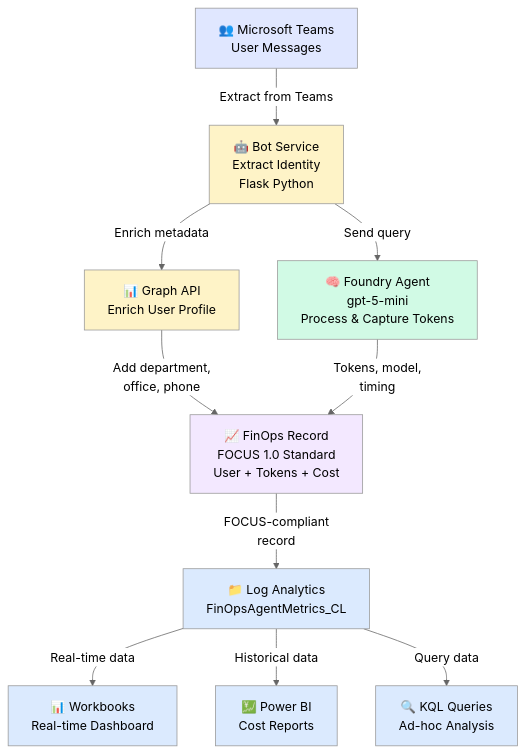
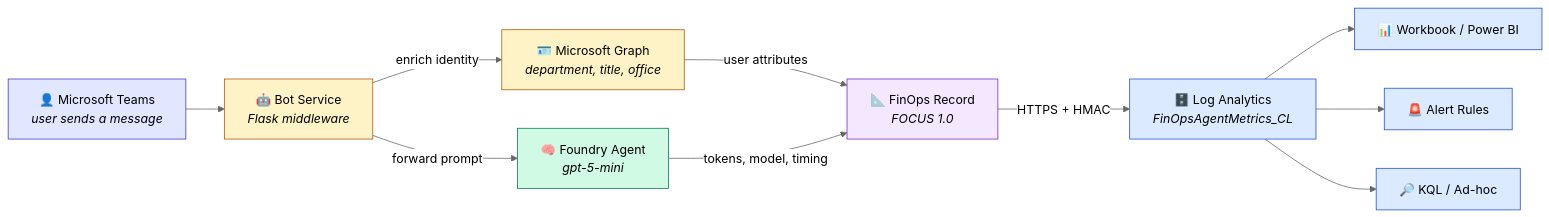
Before and after one commit to christopher-wilke-ms/finops-for-agents: the diagram in README.md, drawn with Mermaid (neutral theme). The commit also changed other lines of this file, not shown here.

````diff
--- a/README.md
+++ b/README.md
@@ -208,32 +72,32 @@
 ```mermaid
-graph TD
-    A["👥 Microsoft Teams<br/>User Messages"]
-    B["🤖 Bot Service<br/>Extract Identity<br/>Flask Python"]
-    C["📊 Graph API<br/>Enrich User Profile"]
-    D["🧠 Foundry Agent<br/>gpt-5-mini<br/>Process & Capture Tokens"]
-    E["📈 FinOps Record<br/>FOCUS 1.0 Standard<br/>User + Tokens + Cost"]
-    F["📁 Log Analytics<br/>FinOpsAgentMetrics_CL"]
-    G["📊 Workbooks<br/>Real-time Dashboard"]
-    H["💹 Power BI<br/>Cost Reports"]
-    I["🔍 KQL Queries<br/>Ad-hoc Analysis"]
-    
-    A -->|Extract from Teams| B
-    B -->|Enrich metadata| C
-    B -->|Send query| D
-    C -->|Add department,<br/>office, phone| E
-    D -->|Tokens, model,<br/>timing| E
-    E -->|FOCUS-compliant<br/>record| F
-    F -->|Real-time data| G
-    F -->|Historical data| H
-    F -->|Query data| I
-    
-    style A fill:#e0e7ff
-    style B fill:#fef3c7
-    style C fill:#fef3c7
-    style D fill:#d1fae5
-    style E fill:#f3e8ff
-    style F fill:#dbeafe
-    style G fill:#dbeafe
-    style H fill:#dbeafe
-    style I fill:#dbeafe
+graph LR
+    A["👤 Microsoft Teams<br/><i>user sends a message</i>"]
+    B["🤖 Bot Service<br/><i>Flask middleware</i>"]
+    C["🪪 Microsoft Graph<br/><i>department, title, office</i>"]
+    D["🧠 Foundry Agent<br/><i>gpt-5-mini</i>"]
+    E["📐 FinOps Record<br/><i>FOCUS 1.0</i>"]
+    F["🗄️ Log Analytics<br/><i>FinOpsAgentMetrics_CL</i>"]
+    G["📊 Workbook / Power BI"]
+    H["🚨 Alert Rules"]
+    I["🔎 KQL / Ad-hoc"]
+
+    A --> B
+    B -->|enrich identity| C
+    B -->|forward prompt| D
+    C -->|user attributes| E
+    D -->|tokens, model, timing| E
+    E -->|HTTPS + HMAC| F
+    F --> G
+    F --> H
+    F --> I
+
+    style A fill:#e0e7ff,stroke:#4338ca
+    style B fill:#fef3c7,stroke:#b45309
+    style C fill:#fef3c7,stroke:#b45309
+    style D fill:#d1fae5,stroke:#047857
+    style E fill:#f3e8ff,stroke:#7e22ce
+    style F fill:#dbeafe,stroke:#1d4ed8
+    style G fill:#dbeafe,stroke:#1d4ed8
+    style H fill:#dbeafe,stroke:#1d4ed8
+    style I fill:#dbeafe,stroke:#1d4ed8
 ```
````
